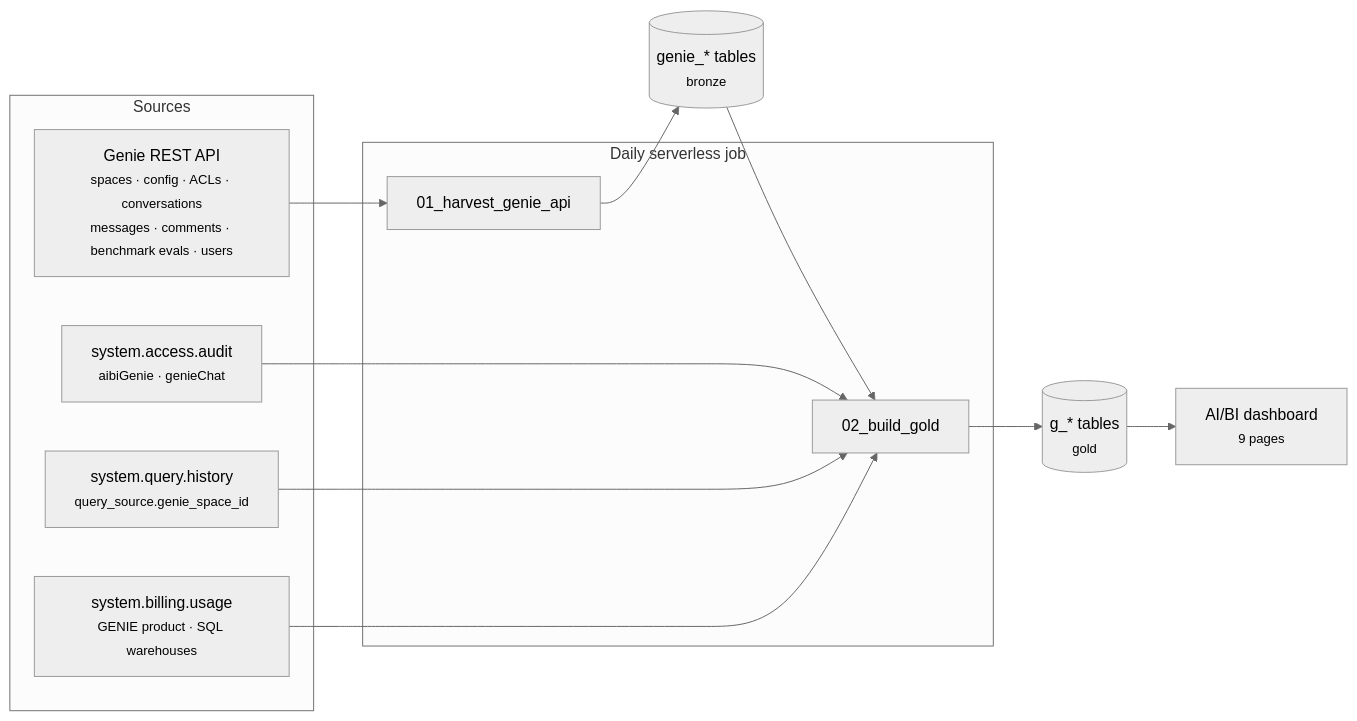
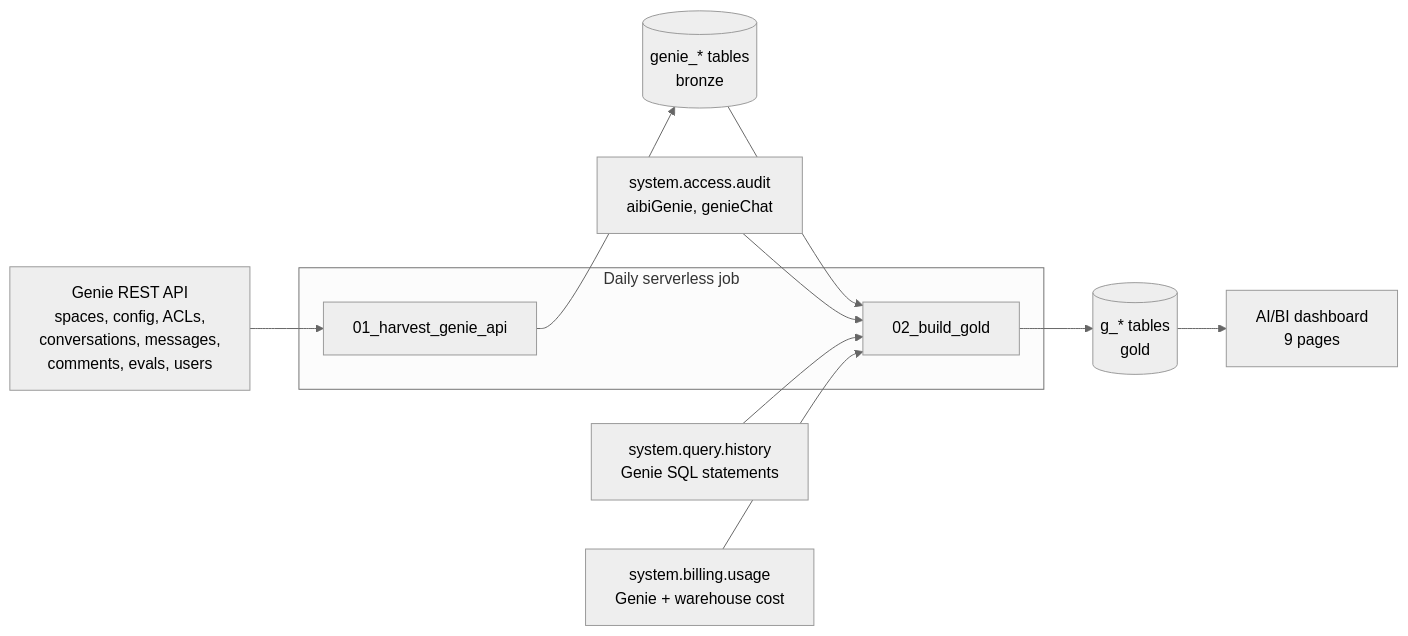
The diagram in README.md (rabijaved/genie-observability), drawn with Mermaid (neutral theme) before and after one commit.

Commit message:
README: simplify Mermaid labels so they don't clip

````diff
--- a/README.md
+++ b/README.md
@@ -5,21 +5,22 @@
 ```mermaid
 flowchart LR
-    subgraph SRC["Sources"]
-        API["Genie REST API<br/><small>spaces · config · ACLs · conversations<br/>messages · comments · benchmark evals · users</small>"]
-        AUD["system.access.audit<br/><small>aibiGenie · genieChat</small>"]
-        QH["system.query.history<br/><small>query_source.genie_space_id</small>"]
-        BIL["system.billing.usage<br/><small>GENIE product · SQL warehouses</small>"]
-    end
+    API["Genie REST API<br/>spaces, config, ACLs,<br/>conversations, messages,<br/>comments, evals, users"]
+    AUD["system.access.audit<br/>aibiGenie, genieChat"]
+    QH["system.query.history<br/>Genie SQL statements"]
+    BIL["system.billing.usage<br/>Genie + warehouse cost"]
 
     subgraph JOB["Daily serverless job"]
         H["01_harvest_genie_api"]
         G["02_build_gold"]
     end
 
-    API --> H --> BR[("genie_* tables<br/><small>bronze</small>")]
-    BR --> G
+    BR[("genie_* tables<br/>bronze")]
+    GO[("g_* tables<br/>gold")]
+    D["AI/BI dashboard<br/>9 pages"]
+
+    API --> H --> BR --> G
     AUD --> G
     QH --> G
     BIL --> G
-    G --> GO[("g_* tables<br/><small>gold</small>")] --> D["AI/BI dashboard<br/><small>9 pages</small>"]
+    G --> GO --> D
 ```
````
